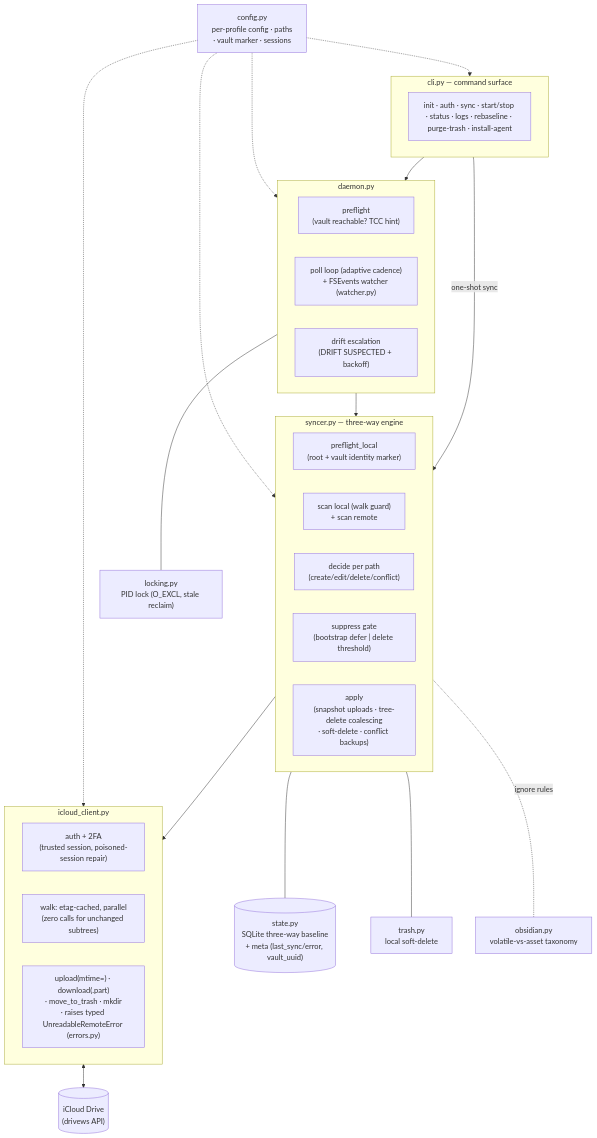
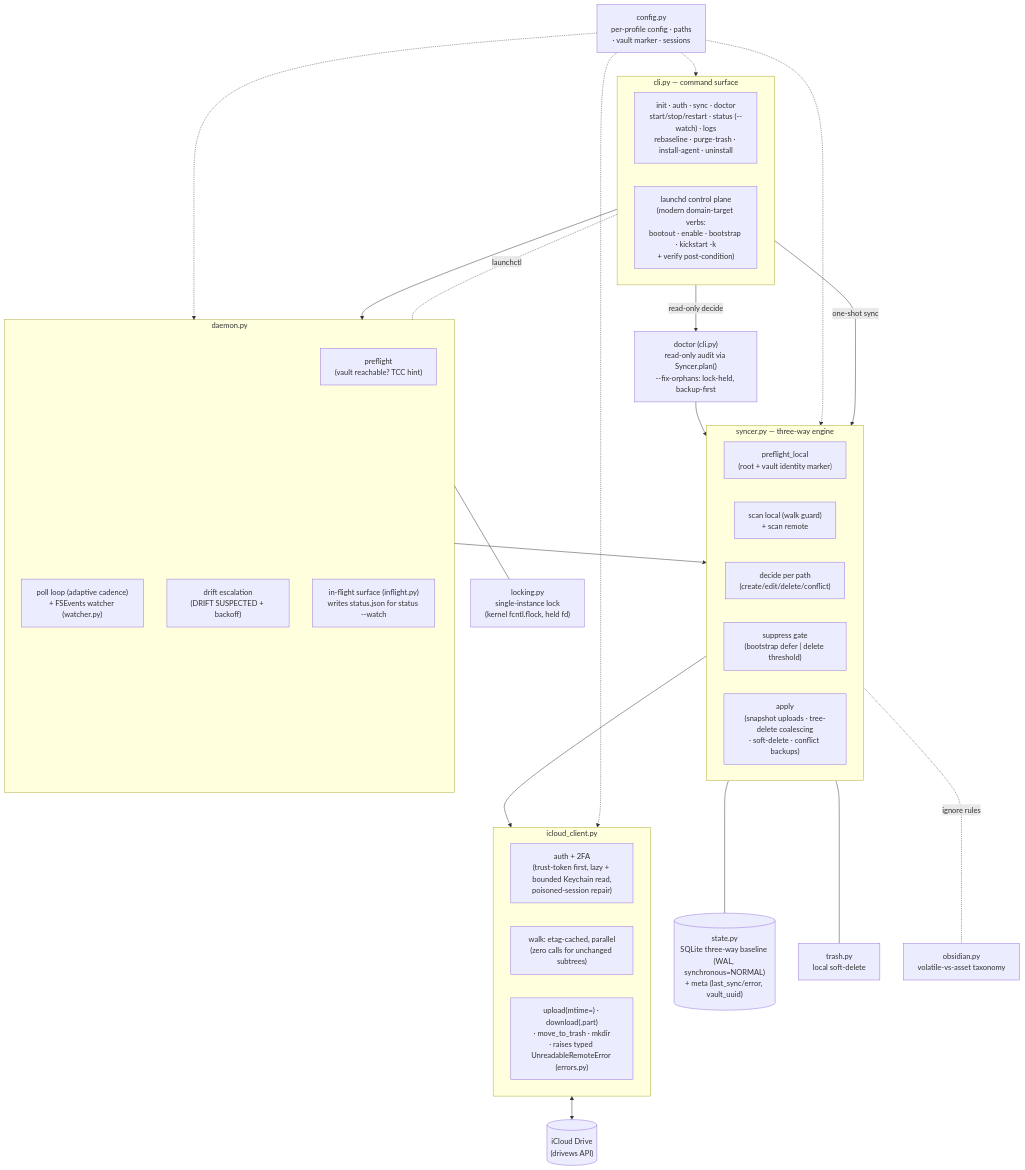
The first of 2 diagrams in docs/ARCHITECTURE.md (zanonicode/ifolder-sync), drawn with Mermaid before and after one commit. The commit also changed other lines of this file and 4 other files, not shown here.

````diff
--- a/docs/ARCHITECTURE.md
+++ b/docs/ARCHITECTURE.md
@@ -9,45 +9,52 @@
 ```mermaid
 flowchart TD
     subgraph CLI["cli.py — command surface"]
         direction LR
-        CMDS["init · auth · sync · start/stop · status · logs · rebaseline · purge-trash · install-agent"]
+        CMDS["init · auth · sync · doctor\nstart/stop/restart · status (--watch) · logs\nrebaseline · purge-trash · install-agent · uninstall"]
+        CTL["launchd control plane\n(modern domain-target verbs:\nbootout · enable · bootstrap · kickstart -k\n+ verify post-condition)"]
     end
 
     subgraph DAEMON["daemon.py"]
         PRE["preflight\n(vault reachable? TCC hint)"]
         LOOP["poll loop (adaptive cadence)\n+ FSEvents watcher (watcher.py)"]
         DRIFT["drift escalation\n(DRIFT SUSPECTED + backoff)"]
+        SURFACE["in-flight surface (inflight.py)\nwrites status.json for status --watch"]
     end
 
     subgraph ENGINE["syncer.py — three-way engine"]
         GUARDS["preflight_local\n(root + vault identity marker)"]
         SCAN["scan local (walk guard)\n+ scan remote"]
         DECIDE["decide per path\n(create/edit/delete/conflict)"]
         SUPPRESS["suppress gate\n(bootstrap defer | delete threshold)"]
         APPLY["apply\n(snapshot uploads · tree-delete coalescing\n· soft-delete · conflict backups)"]
     end
 
     subgraph CLIENT["icloud_client.py"]
-        AUTH["auth + 2FA\n(trusted session, poisoned-session repair)"]
+        AUTH["auth + 2FA\n(trust-token first, lazy + bounded Keychain read,\npoisoned-session repair)"]
         WALK["walk: etag-cached, parallel\n(zero calls for unchanged subtrees)"]
         OPS["upload(mtime=) · download(.part)\n· move_to_trash · mkdir\n· raises typed UnreadableRemoteError (errors.py)"]
     end
 
-    STATE[("state.py\nSQLite three-way baseline\n+ meta (last_sync/error, vault_uuid)")]
-    LOCK["locking.py\nPID lock (O_EXCL, stale reclaim)"]
+    STATE[("state.py\nSQLite three-way baseline (WAL, synchronous=NORMAL)\n+ meta (last_sync/error, vault_uuid)")]
+    LOCK["locking.py\nsingle-instance lock\n(kernel fcntl.flock, held fd)"]
     TRASH["trash.py\nlocal soft-delete"]
     ICLOUD[("iCloud Drive\n(drivews API)")]
     OBSIDIAN["obsidian.py\nvolatile-vs-asset taxonomy"]
     CONFIG["config.py\nper-profile config · paths\n· vault marker · sessions"]
+    DOCTOR["doctor (cli.py)\nread-only audit via Syncer.plan()\n--fix-orphans: lock-held, backup-first"]
 
     CLI --> DAEMON
     CLI -->|one-shot sync| ENGINE
+    CLI -->|read-only decide| DOCTOR
+    CTL -.launchctl.- DAEMON
     DAEMON --> ENGINE
     DAEMON --- LOCK
+    DAEMON --- SURFACE
+    DOCTOR --> ENGINE
     ENGINE --> CLIENT
     ENGINE --- STATE
     ENGINE --- TRASH
     ENGINE -.ignore rules.- OBSIDIAN
     CLIENT <--> ICLOUD
     CONFIG -.-> CLI & DAEMON & ENGINE & CLIENT
 ```
````
